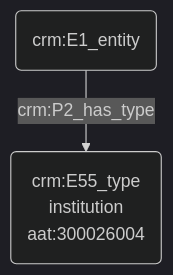
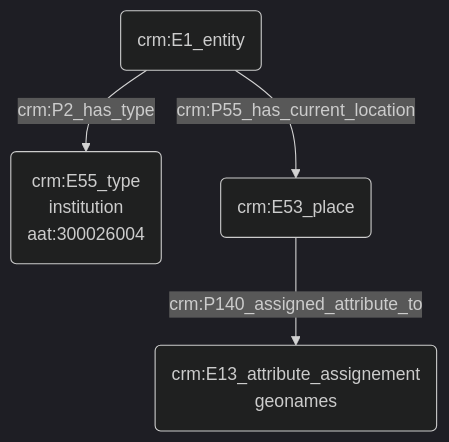
The diagram in modules/livrables/Dossier 2/Prosopographie/modélisation d'une institution.md (Amleth/consortium-musica2-gt2-ontologies), drawn with Mermaid (dark theme) before and after one commit.

Commit message:
Update modélisation d'une institution.md

````diff
--- a/modules/livrables/Dossier 2/Prosopographie/modélisation d'une institution.md
+++ b/modules/livrables/Dossier 2/Prosopographie/modélisation d'une institution.md
@@ -11,6 +11,8 @@
 ```mermaid
 graph TD;
 
 A(crm:E1_entity) -->|crm:P2_has_type| B(crm:E55_type<br>institution<br>aat:300026004)
+A(crm:E1_entity) -->|crm:P55_has_current_location| C(crm:E53_place)
+C(crm:E53_place) --> |crm:P140_assigned_attribute_to| D(crm:E13_attribute_assignement<br>geonames)
 
 ```
````
